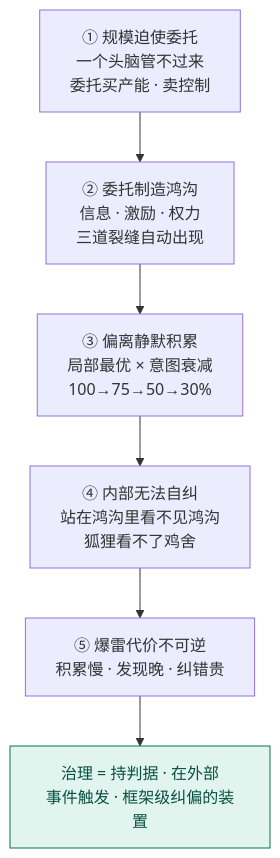
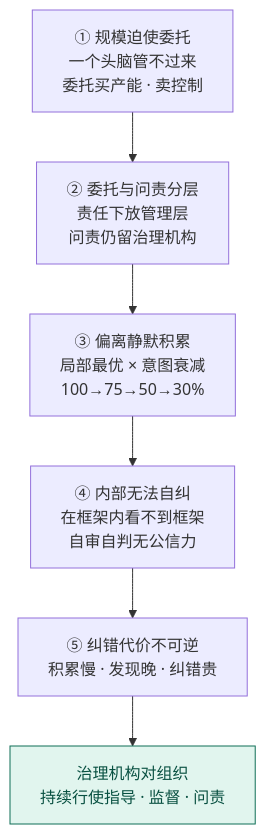
The tenth of 14 diagrams in 50-research/08-治理概念精讲-从词源到翻译史.md (Yongjunzhou/AOS-system-design), drawn with Mermaid before and after one commit. The commit also changed other lines of this file and 65 other files, not shown here.

````diff
--- a/50-research/08-治理概念精讲-从词源到翻译史.md
+++ b/50-research/08-治理概念精讲-从词源到翻译史.md
@@ -421,9 +420,9 @@
 ```mermaid
 flowchart TD
-    S1["① 规模迫使委托<br/>一个头脑管不过来<br/>委托买产能 · 卖控制"] --> S2["② 委托制造鸿沟<br/>信息 · 激励 · 权力<br/>三道裂缝自动出现"]
+    S1["① 规模迫使委托<br/>一个头脑管不过来<br/>委托买产能 · 卖控制"] --> S2["② 委托与问责分层<br/>责任下放管理层<br/>问责仍留治理机构"]
     S2 --> S3["③ 偏离静默积累<br/>局部最优 × 意图衰减<br/>100→75→50→30%"]
-    S3 --> S4["④ 内部无法自纠<br/>站在鸿沟里看不见鸿沟<br/>狐狸看不了鸡舍"]
-    S4 --> S5["⑤ 爆雷代价不可逆<br/>积累慢 · 发现晚 · 纠错贵"]
-    S5 --> G["治理 = 持判据 · 在外部<br/>事件触发 · 框架级纠偏的装置"]
+    S3 --> S4["④ 内部无法自纠<br/>在框架内看不到框架<br/>自审自判无公信力"]
+    S4 --> S5["⑤ 纠错代价不可逆<br/>积累慢 · 发现晚 · 纠错贵"]
+    S5 --> G["治理机构对组织<br/>持续行使指导 · 监督 · 问责"]
     style G fill:#E1F5EE,stroke:#0F6E56,color:#085041
 ```
````
